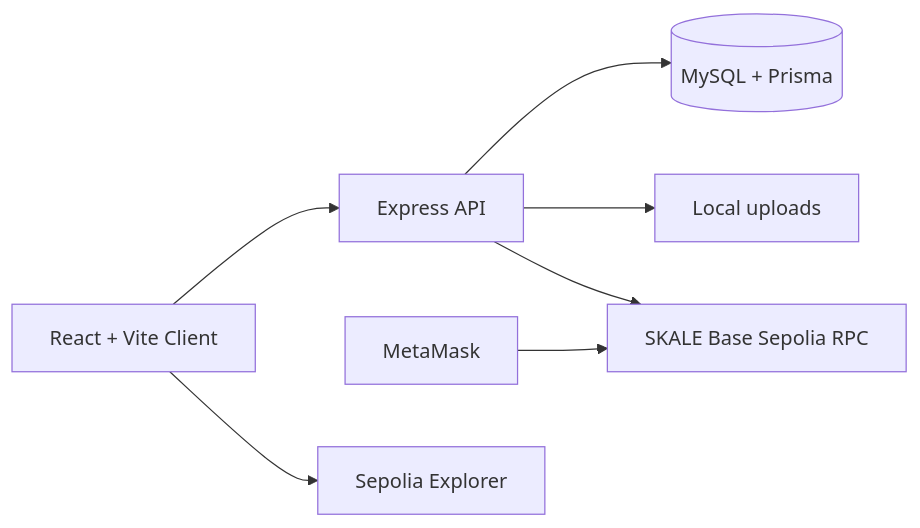
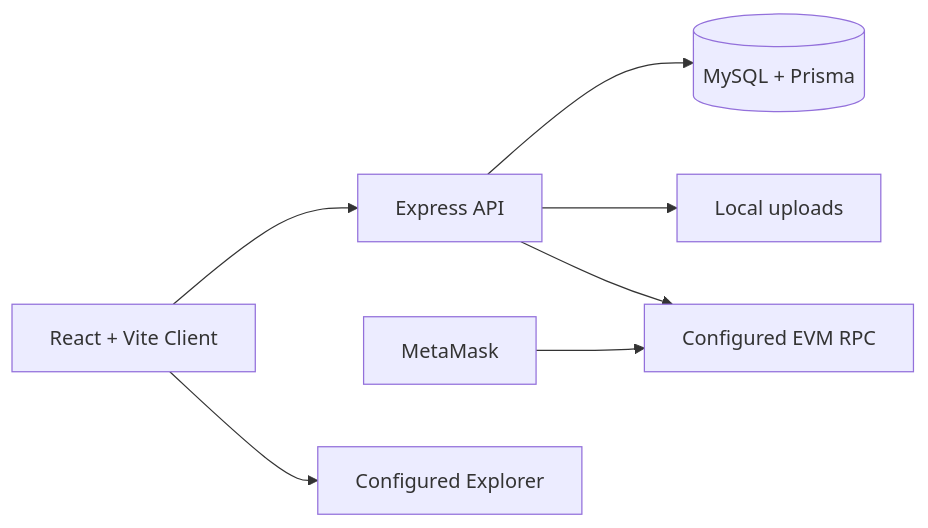
Before and after one commit to ismahin/MediChain: the diagram in README.md, drawn with Mermaid. The commit also changed other lines of this file and 50 other files, not shown here.

````diff
--- a/README.md
+++ b/README.md
@@ -26,9 +26,9 @@
 ```mermaid
 flowchart LR
   Client[React + Vite Client] --> API[Express API]
   API --> DB[(MySQL + Prisma)]
   API --> Files[Local uploads]
-  API --> Chain[SKALE Base Sepolia RPC]
+  API --> Chain[Configured EVM RPC]
   Wallet[MetaMask] --> Chain
-  Client --> Explorer[Sepolia Explorer]
+  Client --> Explorer[Configured Explorer]
 ```
````
